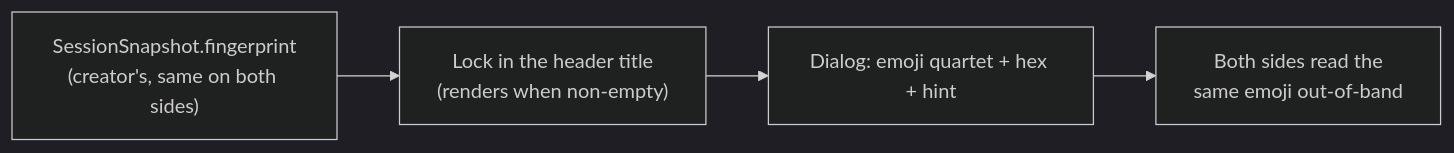
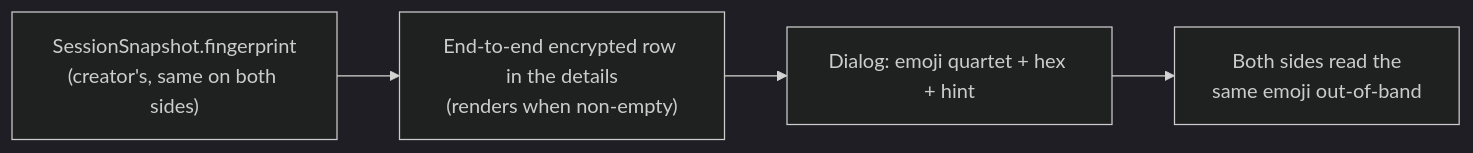
The fourth of 5 diagrams in docs/Features/private-dm.md (redstone-md/mosh-flutter), drawn with Mermaid (dark theme) before and after one commit. The commit also changed other lines of this file and 139 other files, not shown here.

````diff
--- a/docs/Features/private-dm.md
+++ b/docs/Features/private-dm.md
@@ -143,8 +146,8 @@
 ```mermaid
 flowchart LR
     Snap["SessionSnapshot.fingerprint<br/>(creator's, same on both sides)"]
-    Lock["Lock in the header title<br/>(renders when non-empty)"]
+    Row["End-to-end encrypted row in the details<br/>(renders when non-empty)"]
     Dialog["Dialog: emoji quartet + hex + hint"]
     Compare["Both sides read the<br/>same emoji out-of-band"]
-    Snap --> Lock --> Dialog --> Compare
+    Snap --> Row --> Dialog --> Compare
 ```
````
